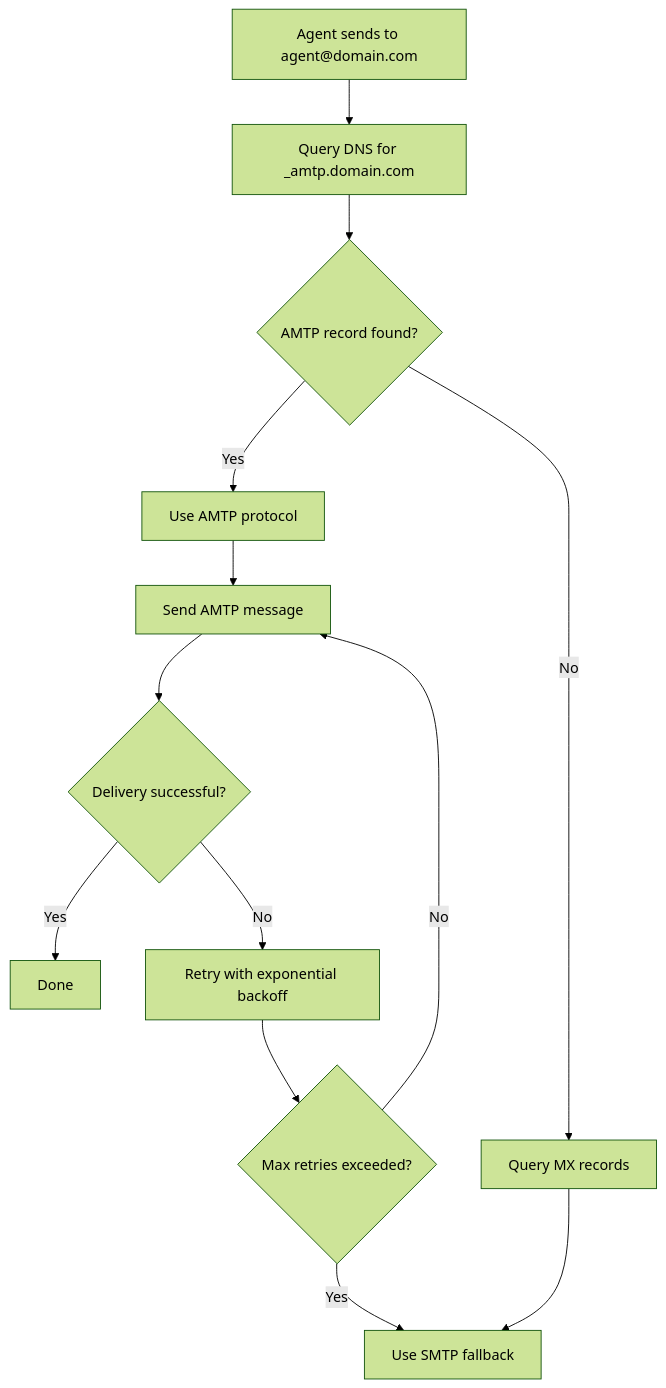
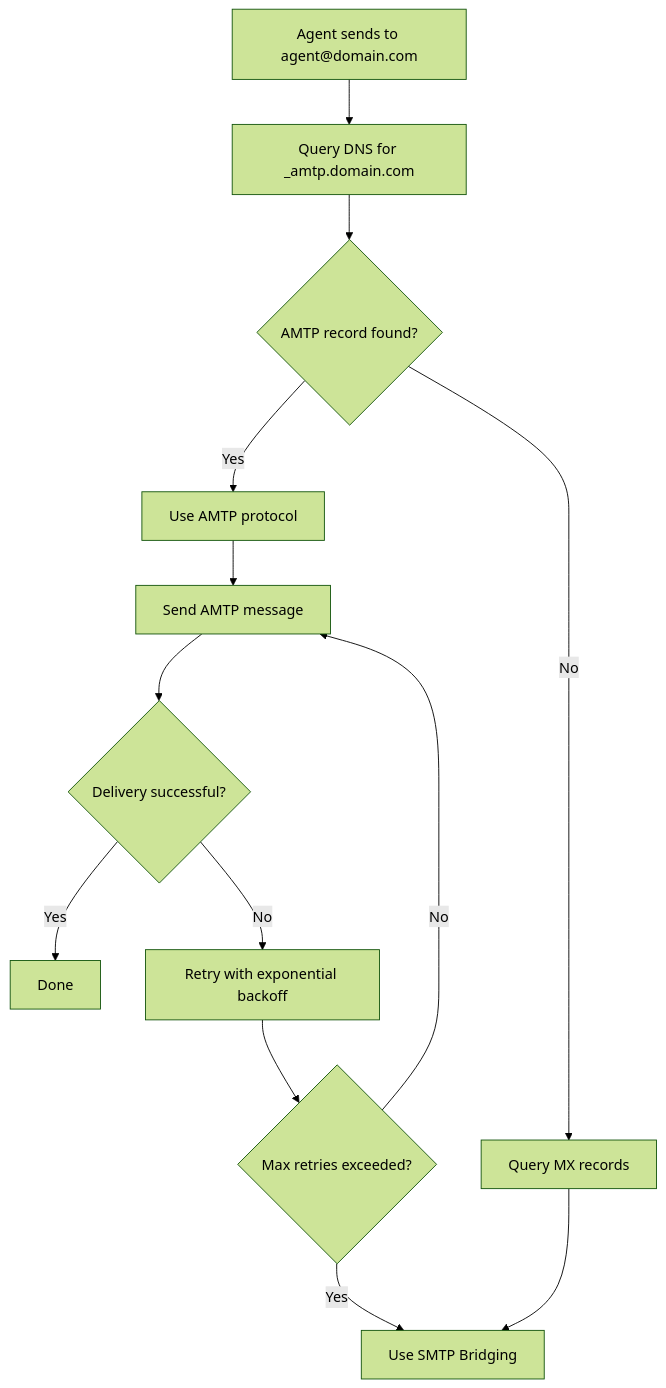
The diagram in README.md (amtp-protocol/amtp), drawn with Mermaid (forest theme) before and after one commit. The commit also changed other lines of this file, not shown here.

Commit message:
Update README.md to rename sections and clarify protocol features, changing "Fallback" to "Bridging" for consistency in terminology.

````diff
--- a/README.md
+++ b/README.md
@@ -743,15 +743,15 @@
 ```mermaid
 flowchart TD
     A[Agent sends to agent@domain.com] --> B[Query DNS for _amtp.domain.com]
     B --> C{AMTP record found?}
     C -->|Yes| D[Use AMTP protocol]
     C -->|No| E[Query MX records]
-    E --> F[Use SMTP fallback]
+    E --> F[Use SMTP Bridging]
     D --> G[Send AMTP message]
     G --> H{Delivery successful?}
     H -->|Yes| I[Done]
     H -->|No| J[Retry with exponential backoff]
     J --> K{Max retries exceeded?}
     K -->|No| G
     K -->|Yes| F
 ```
````
